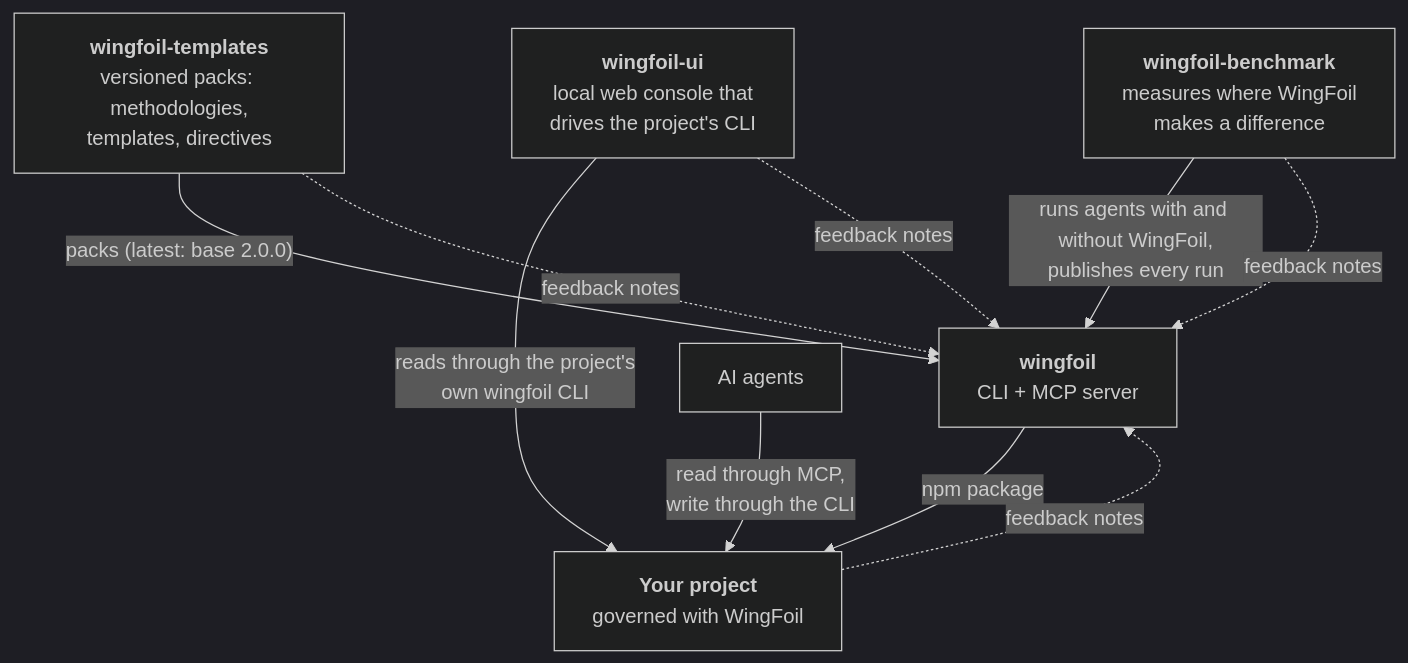
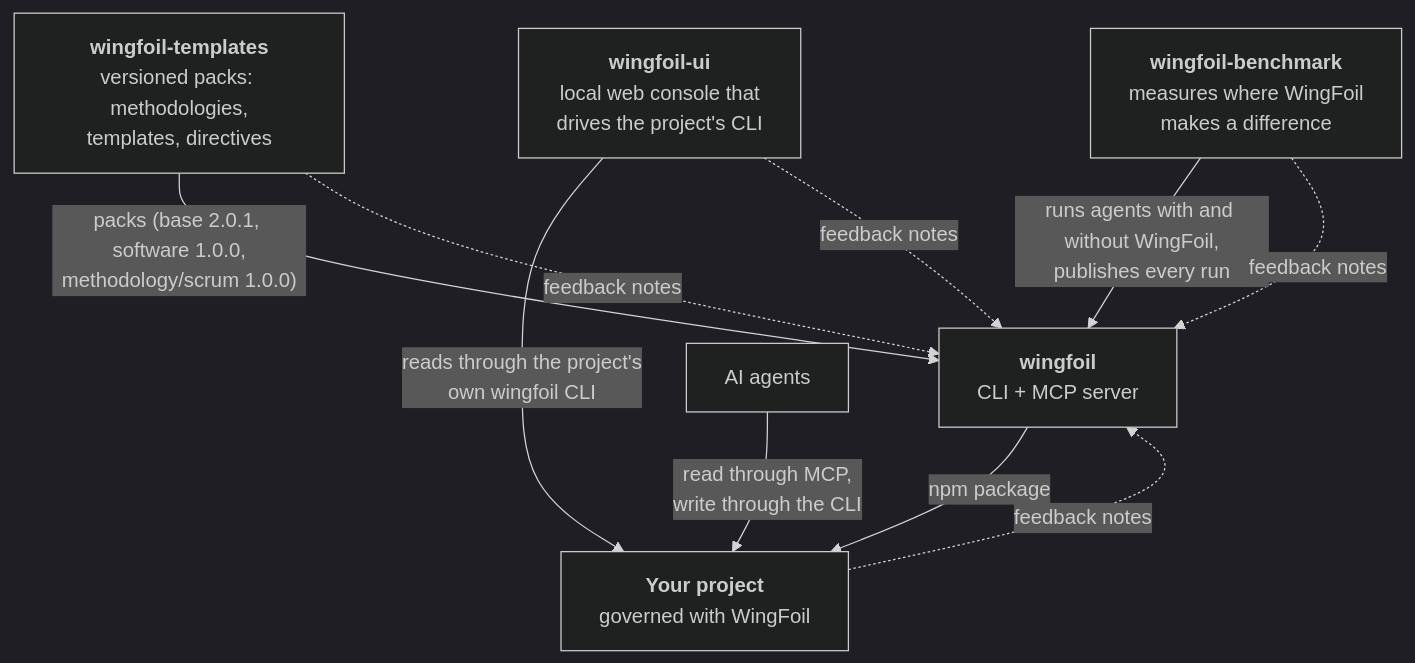
The diagram in docs/ecosystem.md (wingfoil/.github), drawn with Mermaid (dark theme) before and after one commit. The commit also changed other lines of this file and 3 other files, not shown here.

````diff
--- a/docs/ecosystem.md
+++ b/docs/ecosystem.md
@@ -6,19 +6,19 @@
 ```mermaid
 flowchart TB
     T["<b>wingfoil-templates</b><br/>versioned packs: methodologies,<br/>templates, directives"]
     W["<b>wingfoil</b><br/>CLI + MCP server"]
     U["<b>wingfoil-ui</b><br/>local web console that<br/>drives the project's CLI"]
     B["<b>wingfoil-benchmark</b><br/>measures where WingFoil<br/>makes a difference"]
     Y["<b>Your project</b><br/>governed with WingFoil"]
     A["AI agents"]
 
-    T -- "packs (latest: base 2.0.0)" --> W
+    T -- "packs (base 2.0.1, software 1.0.0,<br/>methodology/scrum 1.0.0)" --> W
     W -- "npm package" --> Y
     U -- "reads through the project's<br/>own wingfoil CLI" --> Y
     A -- "read through MCP,<br/>write through the CLI" --> Y
     B -- "runs agents with and without WingFoil,<br/>publishes every run" --> W
     T -. "feedback notes" .-> W
     B -. "feedback notes" .-> W
     U -. "feedback notes" .-> W
     Y -. "feedback notes" .-> W
 ```
````
